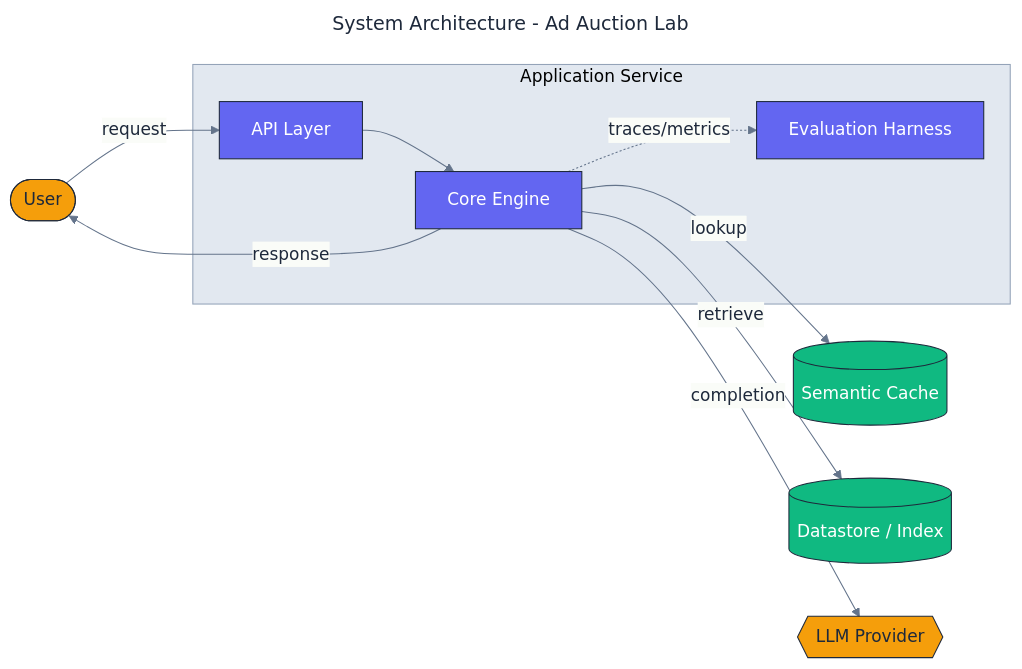
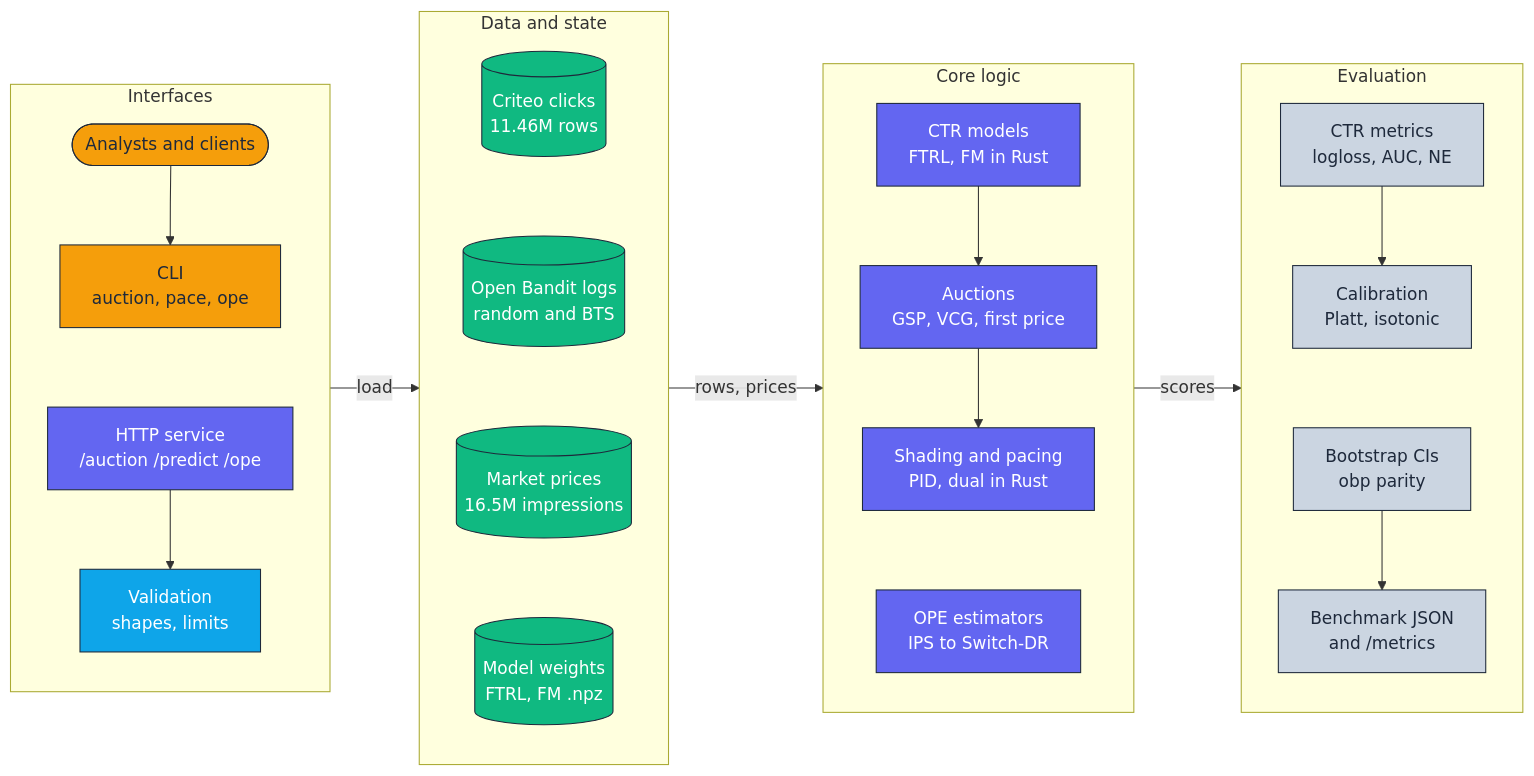
The diagram in docs/architecture/architecture.mmd (adeoluo/ad-auction-lab), drawn with Mermaid before and after one commit. The commit also changed 23 other files, not shown here.

First line of the commit message:
feat: real data benchmark harness for CTR, OPE and markets (#5)

```diff
--- a/docs/architecture/architecture.mmd
+++ b/docs/architecture/architecture.mmd
@@ -1,38 +1,46 @@
----
-title: System Architecture - Ad Auction Lab
-config:
-  theme: base
-  themeVariables:
-    fontFamily: "Inter, system-ui, sans-serif"
-    primaryColor: "#F8FAFC"
-    primaryBorderColor: "#1E293B"
-    primaryTextColor: "#1E293B"
-    lineColor: "#64748B"
-    clusterBkg: "#E2E8F0"
-    clusterBorder: "#94A3B8"
----
 flowchart LR
+    classDef edge     fill:#F59E0B,stroke:#1E293B,color:#1E293B,stroke-width:1px;
     classDef core     fill:#6366F1,stroke:#1E293B,color:#ffffff,stroke-width:1px;
     classDef data     fill:#10B981,stroke:#1E293B,color:#ffffff,stroke-width:1px;
-    classDef external fill:#F59E0B,stroke:#1E293B,color:#1E293B,stroke-width:1px;
-    classDef danger   fill:#EF4444,stroke:#1E293B,color:#ffffff,stroke-width:1px;
+    classDef control  fill:#0EA5E9,stroke:#1E293B,color:#ffffff,stroke-width:1px;
+    classDef obs      fill:#CBD5E1,stroke:#1E293B,color:#1E293B,stroke-width:1px;
 
-    User([User]):::external
-
-    subgraph Application["Application Service"]
-        API[API Layer]:::core
-        Core[Core Engine]:::core
-        Evaluation[Evaluation Harness]:::core
+    subgraph Interfaces["Interfaces"]
+        direction TB
+        Users([Analysts and clients]):::edge
+        CLI["CLI<br/>auction, pace, ope"]:::edge
+        HTTP["HTTP service<br/>/auction /predict /ope"]:::core
+        Validate["Validation<br/>shapes, limits"]:::control
+        Users --> CLI ~~~ HTTP --> Validate
     end
 
-    Cache[(Semantic Cache)]:::data
-    Store[(Datastore / Index)]:::data
-    LLM{{LLM Provider}}:::external
+    subgraph State["Data and state"]
+        direction TB
+        Criteo[("Criteo clicks<br/>11.46M rows")]:::data
+        OBD[("Open Bandit logs<br/>random and BTS")]:::data
+        Prices[("Market prices<br/>16.5M impressions")]:::data
+        Models[("Model weights<br/>FTRL, FM .npz")]:::data
+        Criteo ~~~ OBD ~~~ Prices ~~~ Models
+    end
 
-    User -->|request| API
-    API --> Core
-    Core -->|lookup| Cache
-    Core -->|retrieve| Store
-    Core -->|completion| LLM
-    Core -.->|traces/metrics| Evaluation
-    Core -->|response| User
+    subgraph Core["Core logic"]
+        direction TB
+        CTR["CTR models<br/>FTRL, FM in Rust"]:::core
+        Auctions["Auctions<br/>GSP, VCG, first price"]:::core
+        Bidding["Shading and pacing<br/>PID, dual in Rust"]:::core
+        OPE["OPE estimators<br/>IPS to Switch-DR"]:::core
+        CTR --> Auctions --> Bidding ~~~ OPE
+    end
+
+    subgraph Obs["Evaluation"]
+        direction TB
+        Metrics["CTR metrics<br/>logloss, AUC, NE"]:::obs
+        Calib["Calibration<br/>Platt, isotonic"]:::obs
+        Boot["Bootstrap CIs<br/>obp parity"]:::obs
+        Results["Benchmark JSON<br/>and /metrics"]:::obs
+        Metrics --> Calib ~~~ Boot --> Results
+    end
+
+    Interfaces -->|load| State
+    State -->|rows, prices| Core
+    Core -->|scores| Obs
```
